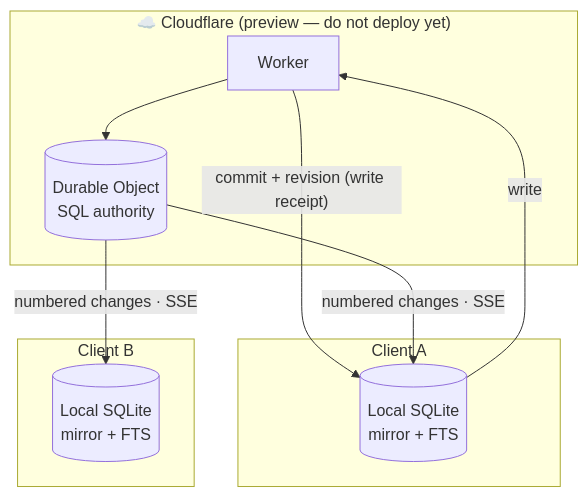
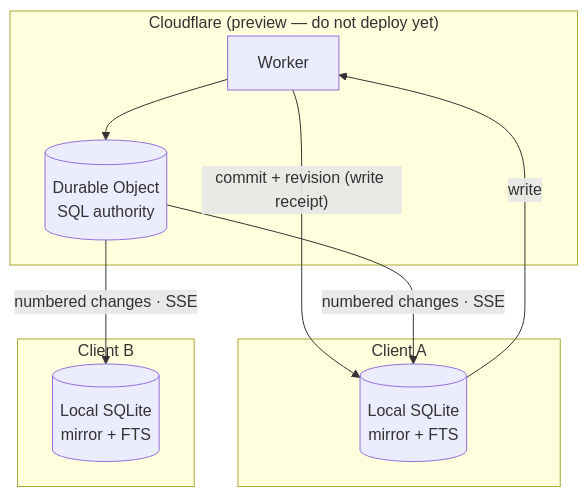
One commit to sanjayrohith/Dejavu changed the fourth of 4 diagrams in README.md. Above: the diagram before and after it, drawn with Mermaid. The commit also changed other lines of this file and 4 other files, not shown here.

````diff
--- a/README.md
+++ b/README.md
@@ -504,18 +512,18 @@
 ```mermaid
 flowchart TB
-    subgraph Cloud["☁️ Cloudflare (preview — do not deploy yet)"]
+    subgraph Cloud["Cloudflare (preview — do not deploy yet)"]
         W["Worker"] --> DO[("Durable Object<br/>SQL authority")]
     end
 
     subgraph CA["Client A"]
         MA[("Local SQLite<br/>mirror + FTS")]
     end
     subgraph CB["Client B"]
         MB[("Local SQLite<br/>mirror + FTS")]
     end
 
     MA -->|"write"| W
     W -->|"commit + revision (write receipt)"| MA
     DO -->|"numbered changes · SSE"| MA
     DO -->|"numbered changes · SSE"| MB
 ```
````
